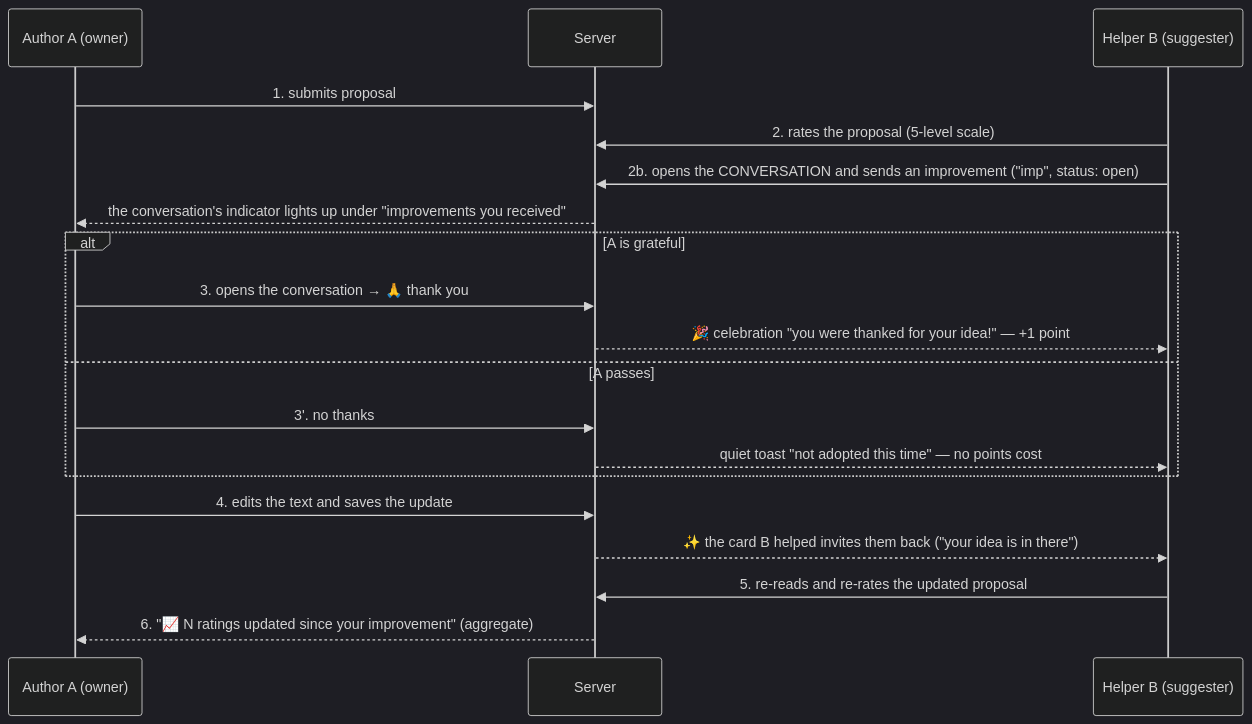
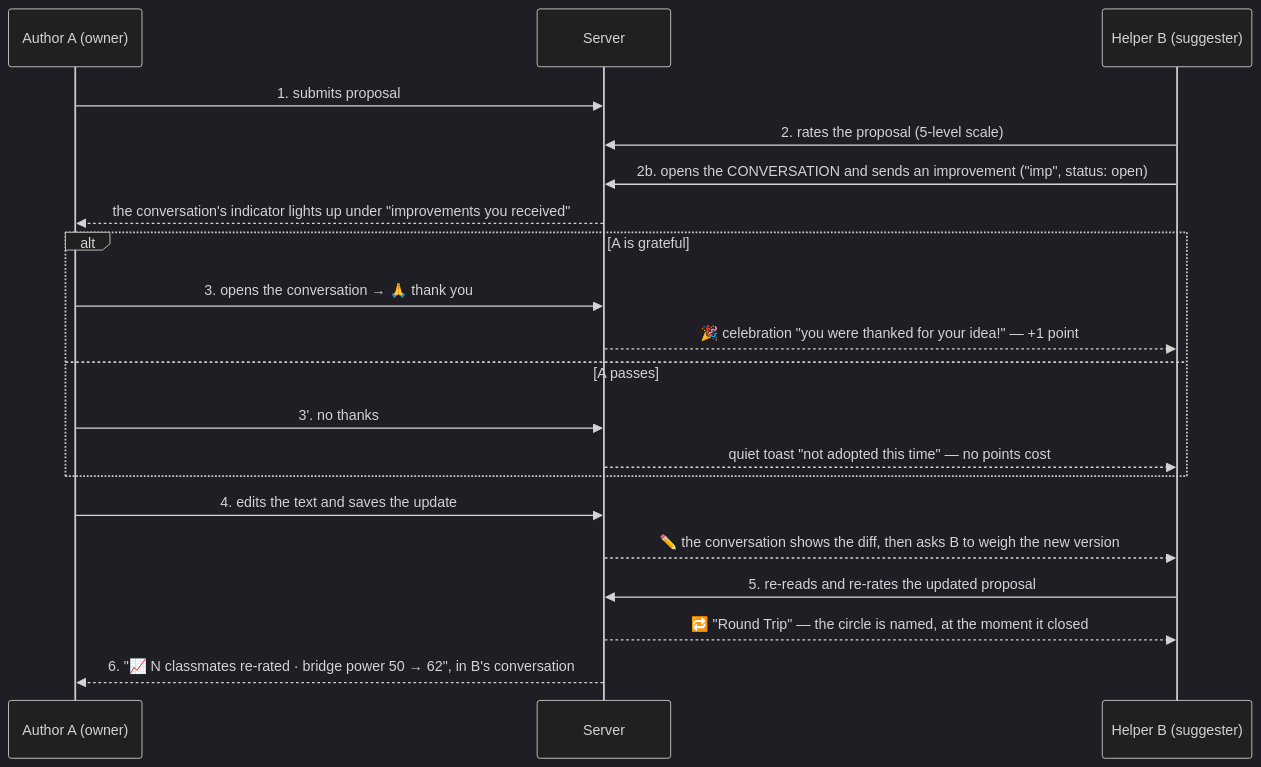
The diagram in apps/agora/docs/feedback-cycle.md (delib-org/Freedi-app), drawn with Mermaid (dark theme) before and after one commit. The commit also changed other lines of this file and 1 other file, not shown here.

````diff
--- a/apps/agora/docs/feedback-cycle.md
+++ b/apps/agora/docs/feedback-cycle.md
@@ -14,25 +18,25 @@
 ```mermaid
 sequenceDiagram
     participant A as Author A (owner)
     participant S as Server
     participant B as Helper B (suggester)
 
     A->>S: 1. submits proposal
     B->>S: 2. rates the proposal (5-level scale)
     B->>S: 2b. opens the CONVERSATION and sends an improvement ("imp", status: open)
     S-->>A: the conversation's indicator lights up under "improvements you received"
 
     alt A is grateful
         A->>S: 3. opens the conversation → 🙏 thank you
         S-->>B: 🎉 celebration "you were thanked for your idea!" — +1 point
     else A passes
         A->>S: 3'. no thanks
         S-->>B: quiet toast "not adopted this time" — no points cost
     end
 
     A->>S: 4. edits the text and saves the update
-    S-->>B: ✨ the card B helped invites them back ("your idea is in there")
+    S-->>B: ✏️ the conversation shows the diff, then asks B to weigh the new version
     B->>S: 5. re-reads and re-rates the updated proposal
-
-    S-->>A: 6. "📈 N ratings updated since your improvement" (aggregate)
+    S-->>B: 🔁 "Round Trip" — the circle is named, at the moment it closed
+    S-->>A: 6. "📈 N classmates re-rated · bridge power 50 → 62", in B's conversation
 ```
````
